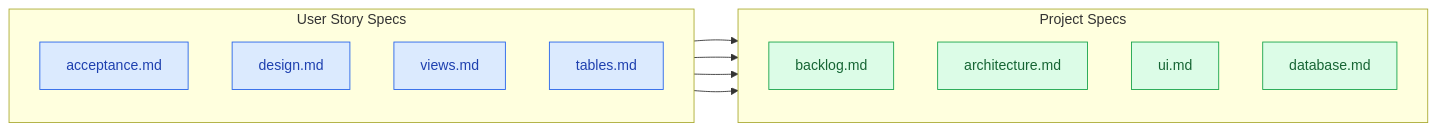
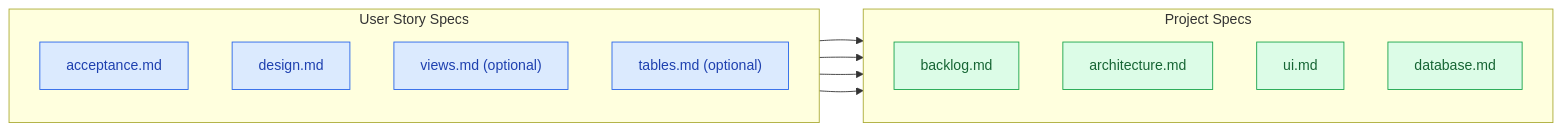
Before and after one commit to mtov/AgileSpec: the eighth of 9 diagrams in README.md, drawn with Mermaid. The commit also changed other lines of this file and 1 other file, not shown here.

````diff
--- a/README.md
+++ b/README.md
@@ -387,29 +382,29 @@
 ```mermaid
 flowchart LR
     subgraph S["User Story Specs"]
         direction TB
         S0["acceptance.md"]
         S1["design.md"]
-        S2["views.md"]
-        S3["tables.md"]
+        S2["views.md (optional)"]
+        S3["tables.md (optional)"]
     end
 
     subgraph P["Project Specs"]
         direction TB
         P0["backlog.md"]
         P1["architecture.md"]
         P2["ui.md"]
         P3["database.md"]
     end
 
     S0 --> P0
     S1 --> P1
     S2 --> P2
     S3 --> P3
 
     classDef story fill:#dbeafe,stroke:#2563eb,color:#1e40af
     classDef project fill:#dcfce7,stroke:#16a34a,color:#166534
 
     class S0,S1,S2,S3 story
     class P0,P1,P2,P3 project
 ```
````
